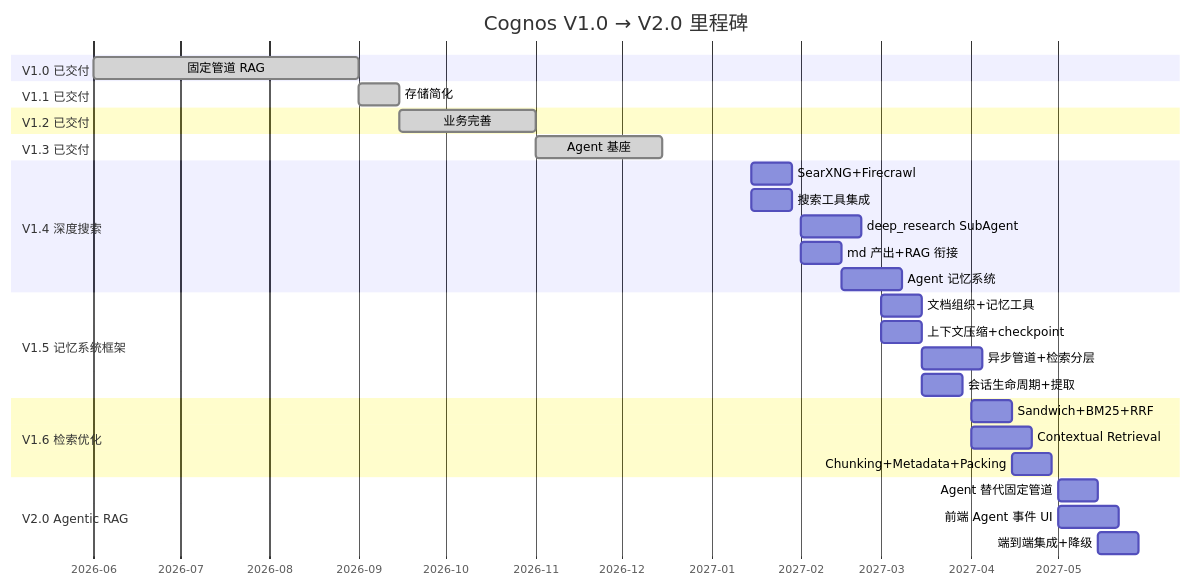
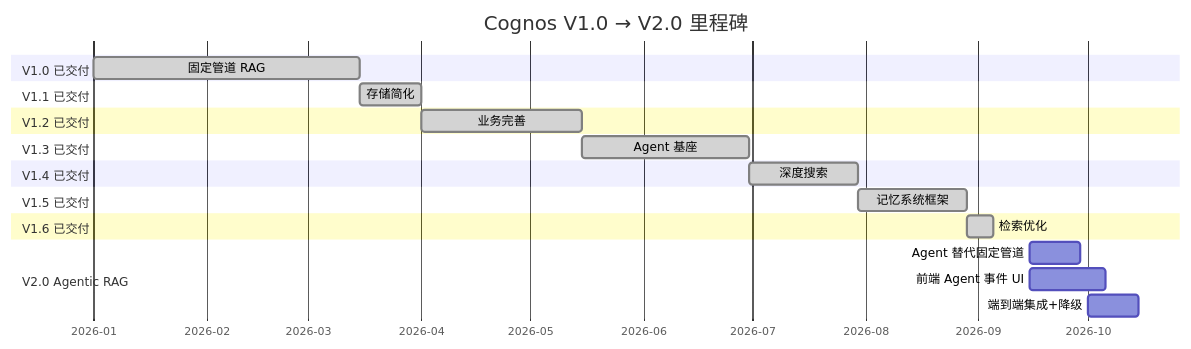
Before and after one commit to int2t05/Cognik: the sixth of 6 diagrams in docs/ROADMAP.md, drawn with Mermaid. The commit also changed other lines of this file and 14 other files, not shown here.

````diff
--- a/docs/ROADMAP.md
+++ b/docs/ROADMAP.md
@@ -488,41 +488,32 @@
 ```mermaid
 gantt
     title Cognos V1.0 → V2.0 里程碑
     dateFormat YYYY-MM-DD
     axisFormat %Y-%m
 
     section V1.0 已交付
-    固定管道 RAG         :done, v1, 2026-06-01, 2026-09-01
+    固定管道 RAG         :done, v1, 2026-01-01, 2026-03-15
 
     section V1.1 已交付
-    存储简化             :done, v11, 2026-09-01, 2026-09-15
+    存储简化             :done, v11, 2026-03-15, 2026-04-01
 
     section V1.2 已交付
-    业务完善             :done, v12, 2026-09-15, 2026-11-01
+    业务完善             :done, v12, 2026-04-01, 2026-05-15
 
     section V1.3 已交付
-    Agent 基座           :done, v13, 2026-11-01, 2026-12-15
+    Agent 基座           :done, v13, 2026-05-15, 2026-06-30
 
-    section V1.4 深度搜索
-    SearXNG+Firecrawl    :v14a, 2027-01-15, 14d
-    搜索工具集成          :v14b, 2027-01-15, 14d
-    deep_research SubAgent :v14c, 2027-02-01, 21d
-    md 产出+RAG 衔接      :v14d, 2027-02-01, 14d
-    Agent 记忆系统       :v14e, 2027-02-15, 21d
+    section V1.4 已交付
+    深度搜索             :done, v14, 2026-06-30, 30d
 
-    section V1.5 记忆系统框架
-    文档组织+记忆工具     :v15a, 2027-03-01, 14d
-    上下文压缩+checkpoint  :v15b, 2027-03-01, 14d
-    异步管道+检索分层      :v15c, 2027-03-15, 21d
-    会话生命周期+提取      :v15d, 2027-03-15, 14d
+    section V1.5 已交付
+    记忆系统框架         :done, v15, 2026-07-30, 30d
 
-    section V1.6 检索优化
-    Sandwich+BM25+RRF     :v16a, 2027-04-01, 14d
-    Contextual Retrieval  :v16b, 2027-04-01, 21d
-    Chunking+Metadata+Packing :v16c, 2027-04-15, 14d
+    section V1.6 已交付
+    检索优化             :done, v16, 2026-08-29, 7d
 
     section V2.0 Agentic RAG
-    Agent 替代固定管道    :v20a, 2027-05-01, 14d
-    前端 Agent 事件 UI    :v20b, 2027-05-01, 21d
-    端到端集成+降级       :v20c, 2027-05-15, 14d
+    Agent 替代固定管道    :v20a, 2026-09-15, 14d
+    前端 Agent 事件 UI    :v20b, 2026-09-15, 21d
+    端到端集成+降级       :v20c, 2026-10-01, 14d
 ```
````
